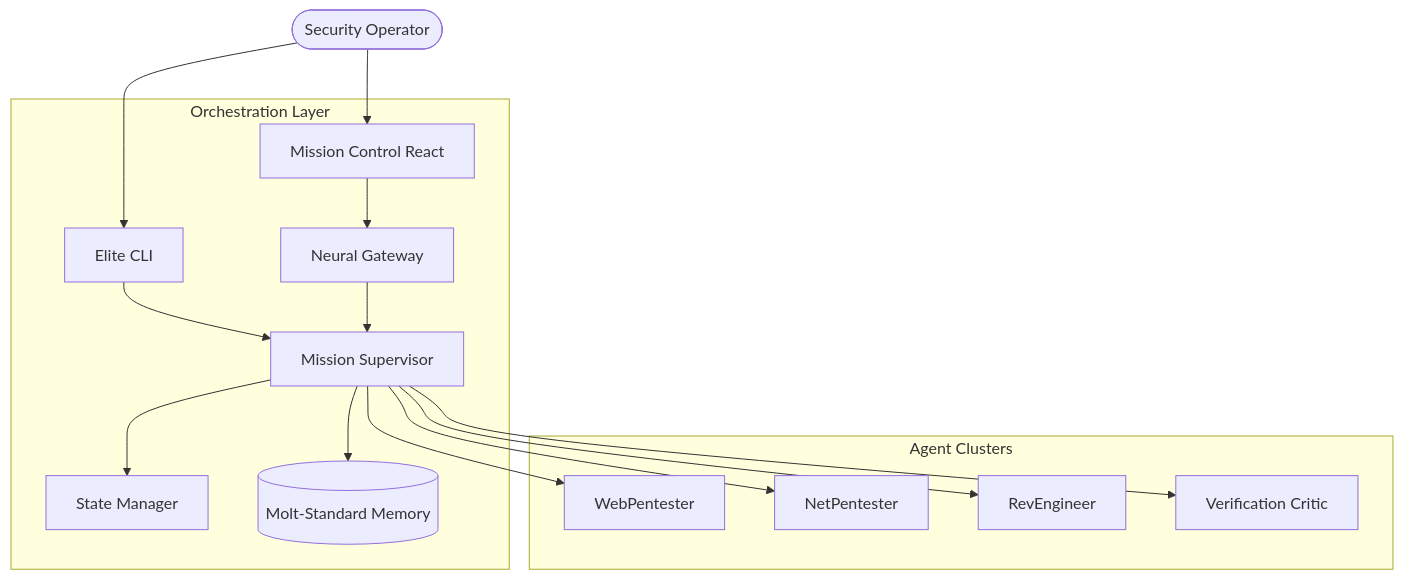
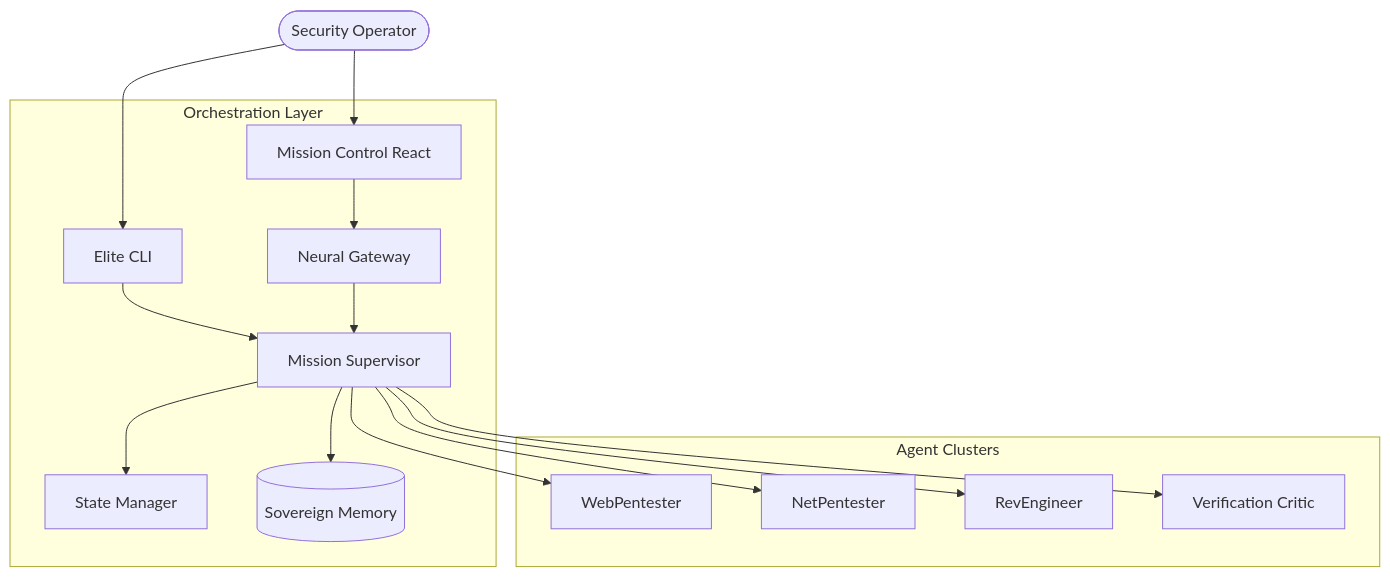
One commit to subhadeep-sec/STINGBOT changed the diagram in README.md. Above: the diagram before and after it, drawn with Mermaid. The commit also changed other lines of this file and 5 other files, not shown here.

Commit message:
style: elevate STINGBOT to Molt-Standard with professional branding, community assets, and enhanced CLI visuals

````diff
--- a/README.md
+++ b/README.md
@@ -64,20 +57,20 @@
 ```mermaid
 graph TD
     User([Security Operator]) --> CLI[Elite CLI]
     User --> Web[Mission Control React]
     
     subgraph "Orchestration Layer"
         CLI --> Supervisor[Mission Supervisor]
         Web --> Gateway[Neural Gateway]
         Gateway --> Supervisor
         Supervisor --> State[State Manager]
-        Supervisor --> Memory[(Molt-Standard Memory)]
+        Supervisor --> Memory[(Sovereign Memory)]
     end
     
     subgraph "Agent Clusters"
         Supervisor --> WebAgent[WebPentester]
         Supervisor --> NetAgent[NetPentester]
         Supervisor --> RevAgent[RevEngineer]
         Supervisor --> Critic[Verification Critic]
     end
 ```
````
